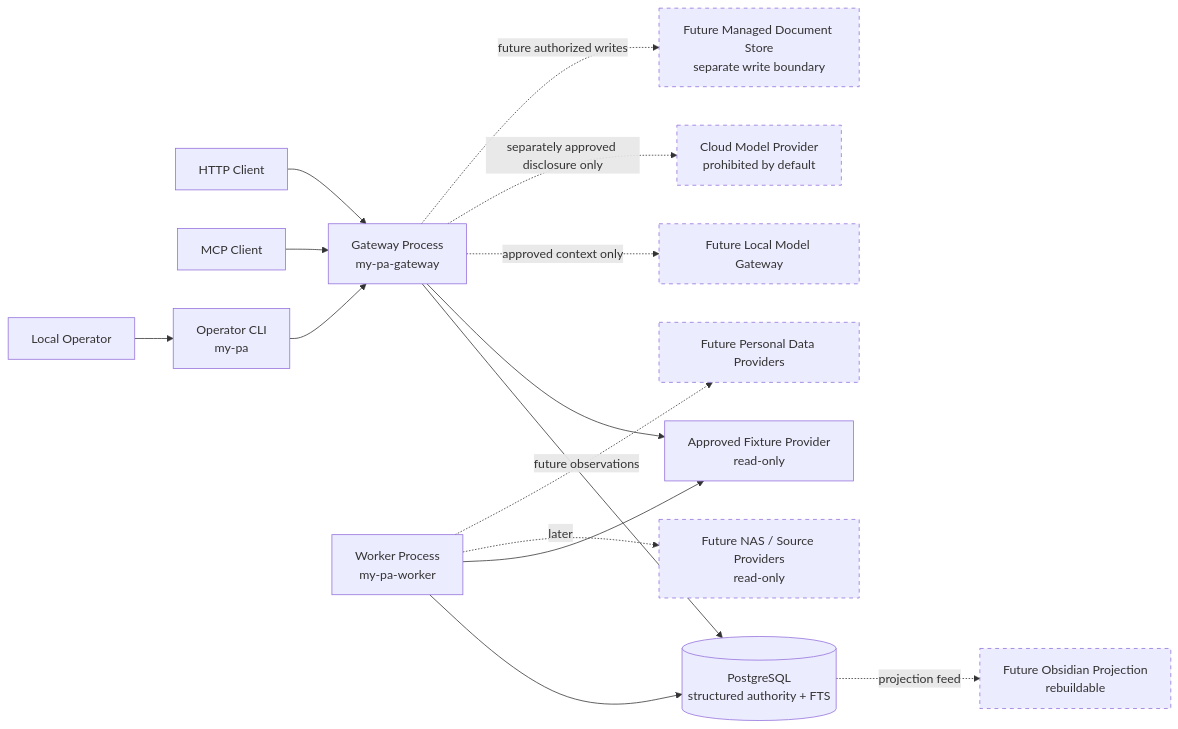
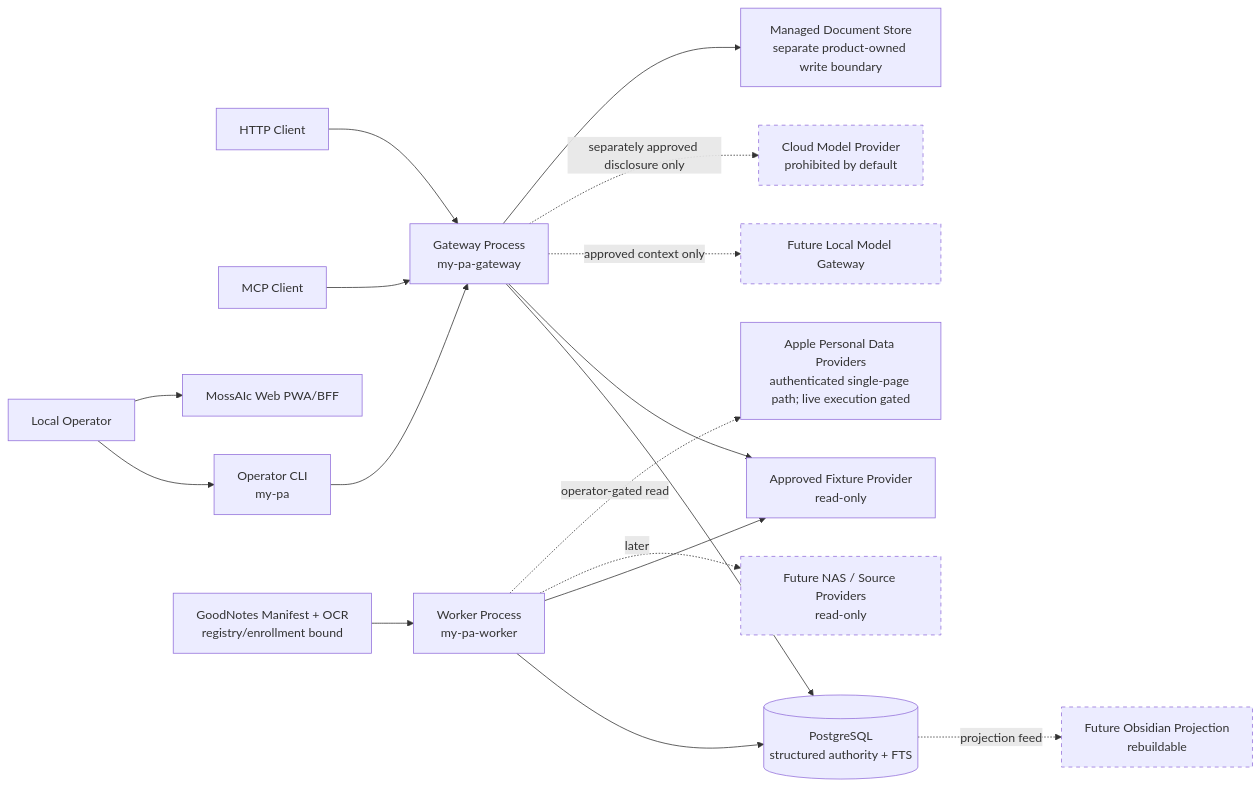
Before and after one commit to RMF112018/my-pa: the first of 3 diagrams in docs/architecture/system-context.md, drawn with Mermaid. The commit also changed other lines of this file and 403 other files, not shown here.

````diff
--- a/docs/architecture/system-context.md
+++ b/docs/architecture/system-context.md
@@ -83,37 +121,41 @@
 ```mermaid
 flowchart LR
     OP[Local Operator]
     HC[HTTP Client]
     MC[MCP Client]
     CLI[Operator CLI\nmy-pa]
     GW[Gateway Process\nmy-pa-gateway]
     WK[Worker Process\nmy-pa-worker]
     DB[(PostgreSQL\nstructured authority + FTS)]
     FP[Approved Fixture Provider\nread-only]
     NAS[Future NAS / Source Providers\nread-only]
     LM[Future Local Model Gateway]
     CM[Cloud Model Provider\nprohibited by default]
-    MD[Future Managed Document Store\nseparate write boundary]
+    MD[Managed Document Store\nseparate product-owned write boundary]
     OB[Future Obsidian Projection\nrebuildable]
-    PC[Future Personal Data Providers]
+    PC[Apple Personal Data Providers\nauthenticated single-page path; live execution gated]
+    WEB[MossAIc Web PWA/BFF]
+    GN[GoodNotes Manifest + OCR\nregistry/enrollment bound]
 
 
     OP --> CLI
+    OP --> WEB
     HC --> GW
     MC --> GW
     CLI --> GW
     GW --> DB
     WK --> DB
     WK --> FP
     GW --> FP
     WK -. later .-> NAS
     GW -. approved context only .-> LM
     GW -. separately approved disclosure only .-> CM
-    GW -. future authorized writes .-> MD
+    GW --> MD
     DB -. projection feed .-> OB
-    WK -. future observations .-> PC
+    WK -. operator-gated read .-> PC
+    GN --> WK
 
 
     classDef excluded stroke-dasharray: 5 5;
-    class CM,MD,OB,PC,NAS,LM excluded;
+    class CM,OB,NAS,LM excluded;
 ```
````
